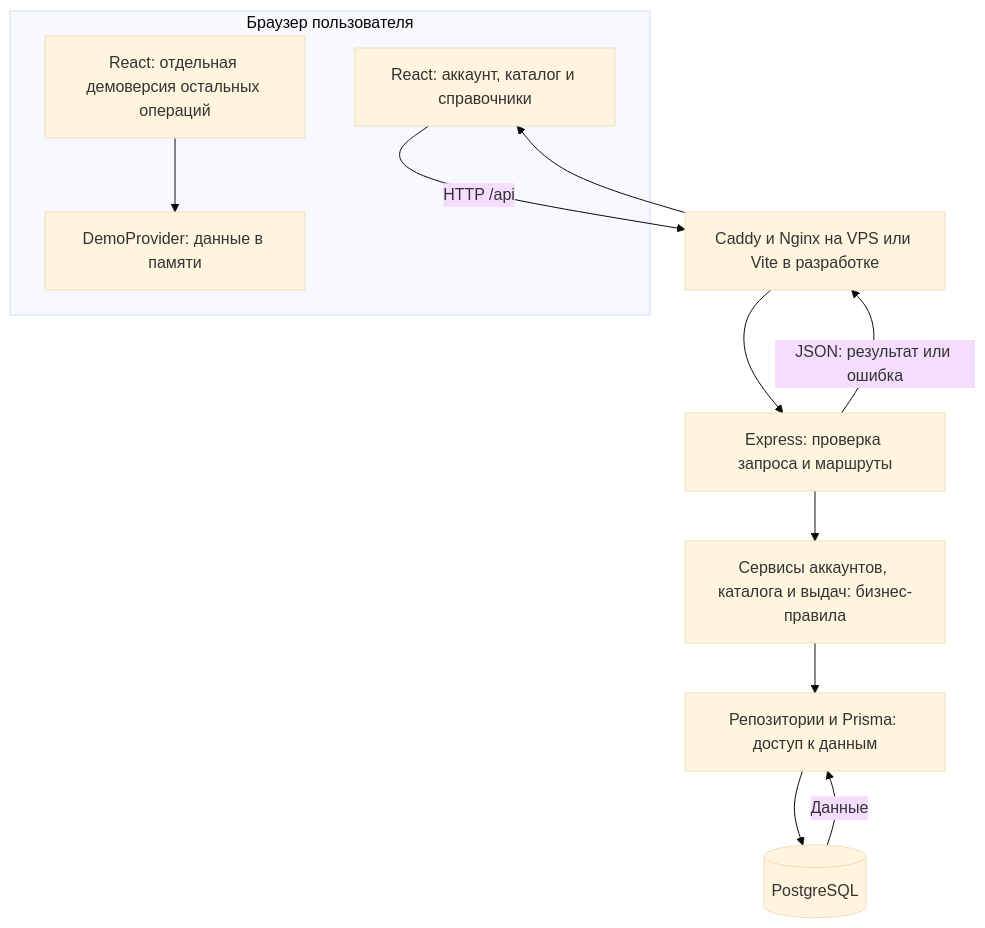
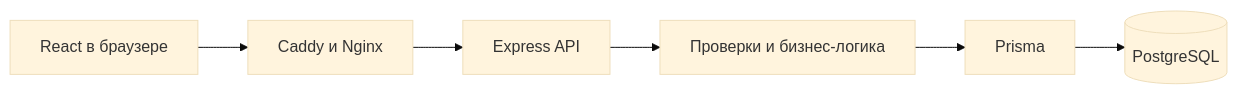
One commit to Samirrrrr123/college-inventory changed the first of 2 diagrams in docs/architecture.md. Above: the diagram before and after it, drawn with Mermaid (base theme). The commit also changed other lines of this file and 27 other files, not shown here.

````diff
--- a/docs/architecture.md
+++ b/docs/architecture.md
@@ -7,22 +5,8 @@
 ```mermaid
-flowchart TB
-    subgraph Browser[Браузер пользователя]
-        Account[React: аккаунт, каталог и справочники]
-        Screens[React: отдельная демоверсия остальных операций]
-        Demo[DemoProvider: данные в памяти]
-        Screens --> Demo
-    end
-    Proxy[Caddy и Nginx на VPS или Vite в разработке]
-    Controller[Express: проверка запроса и маршруты]
-    Service[Сервисы аккаунтов, каталога и выдач: бизнес-правила]
-    Repository[Репозитории и Prisma: доступ к данным]
-    Database[(PostgreSQL)]
-    Account -->|HTTP /api| Proxy
-    Proxy --> Controller
-    Controller --> Service
-    Service --> Repository
-    Repository --> Database
-    Database -->|Данные| Repository
-    Controller -->|JSON: результат или ошибка| Proxy
-    Proxy --> Account
+flowchart LR
+    Browser[React в браузере] --> Proxy[Caddy и Nginx]
+    Proxy --> API[Express API]
+    API --> Services[Проверки и бизнес-логика]
+    Services --> Prisma[Prisma]
+    Prisma --> DB[(PostgreSQL)]
 ```
````
